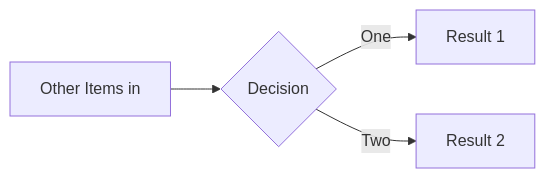
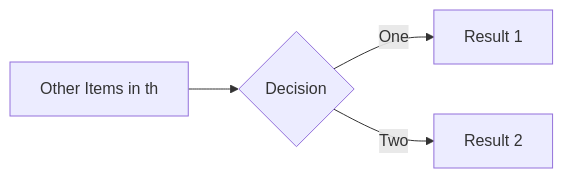
One commit to gerbssusd/dok changed the diagram in slides.md. Above: the diagram before and after it, drawn with Mermaid.

````diff
--- a/slides.md
+++ b/slides.md
@@ -217,6 +217,6 @@
 ```mermaid {theme: 'neutral', scale: 0.8}
 graph LR
-B[Other Items in] --> C{Decision}
+B[Other Items in th] --> C{Decision}
 C -->|One| D[Result 1]
 C -->|Two| E[Result 2]
 ```
````
